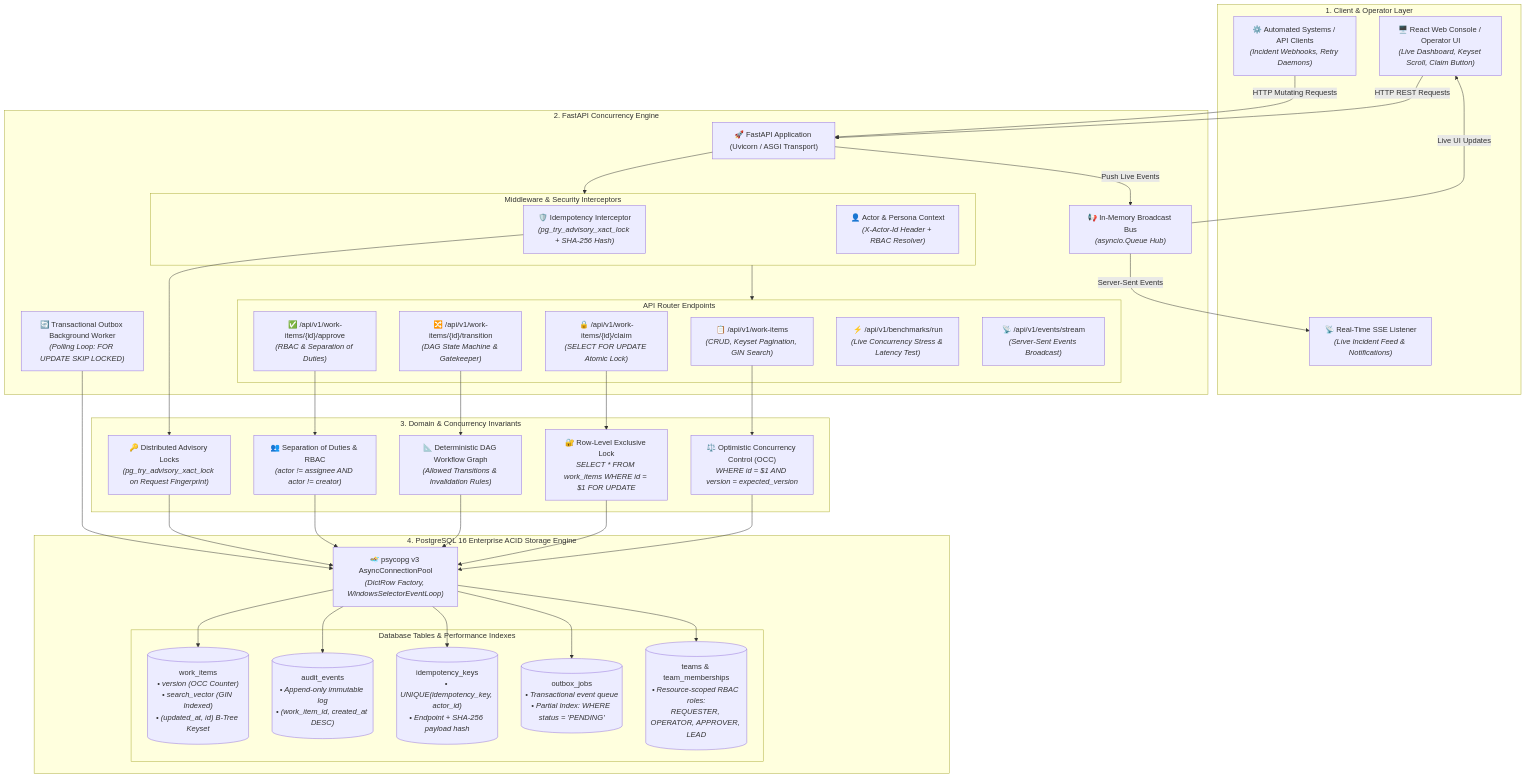
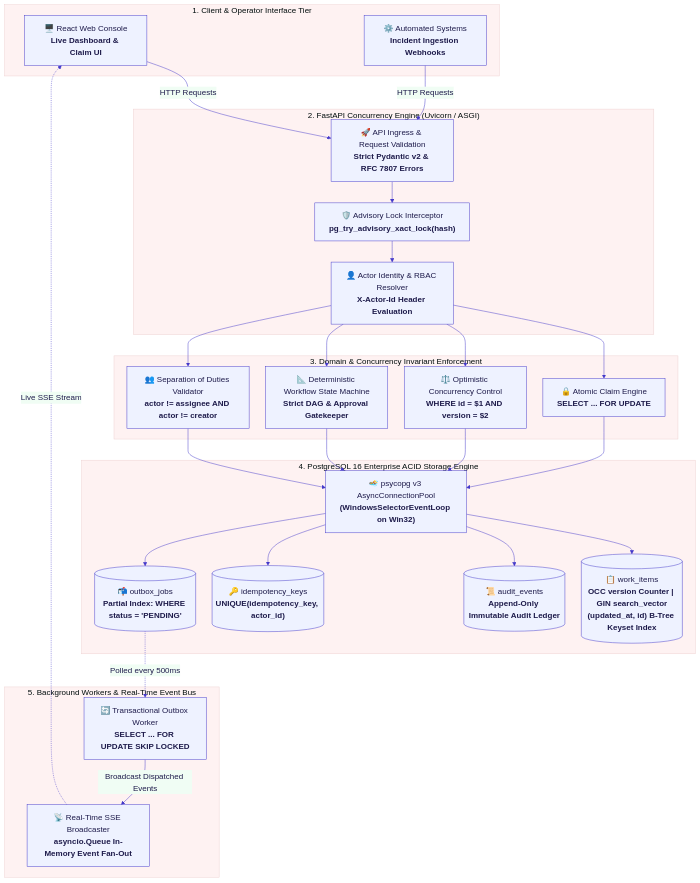
Before and after one commit to matrix-1407/OpsPulse-Newtonite: the first of 6 diagrams in README.md, drawn with Mermaid. The commit also changed other lines of this file and 1 other file, not shown here.

Commit message:
docs: enlarge and optimize all Mermaid diagrams for high readability and visibility

````diff
--- a/README.md
+++ b/README.md
@@ -15,86 +15,77 @@
 ```mermaid
-graph TB
-    %% Client & Interface Layer
-    subgraph ClientLayer ["1. Client & Operator Layer"]
-        Browser["🖥️ React Web Console / Operator UI<br/><i>(Live Dashboard, Keyset Scroll, Claim Button)</i>"]
-        CLI["⚙️ Automated Systems / API Clients<br/><i>(Incident Webhooks, Retry Daemons)</i>"]
-        SSEListener["📡 Real-Time SSE Listener<br/><i>(Live Incident Feed & Notifications)</i>"]
+%%{init: {
+  'theme': 'base',
+  'themeVariables': {
+    'fontSize': '17px',
+    'fontFamily': 'Inter, -apple-system, BlinkMacSystemFont, Segoe UI, Roboto, sans-serif',
+    'primaryColor': '#EEF2FF',
+    'primaryTextColor': '#1E1B4B',
+    'primaryBorderColor': '#4338CA',
+    'lineColor': '#4338CA',
+    'secondaryColor': '#F0FDF4',
+    'tertiaryColor': '#FEF2F2'
+  },
+  'flowchart': {
+    'nodeSpacing': 35,
+    'rankSpacing': 45,
+    'curve': 'basis',
+    'htmlLabels': true
+  }
+}}%%
+flowchart TD
+    subgraph S1 ["1. Client & Operator Interface Tier"]
+        UI["🖥️ React Web Console<br/><b>Live Dashboard & Claim UI</b>"]
+        CLI["⚙️ Automated Systems<br/><b>Incident Ingestion Webhooks</b>"]
     end
 
-    %% FastAPI Application Layer
-    subgraph APILayer ["2. FastAPI Concurrency Engine"]
-        FastAPIApp["🚀 FastAPI Application (Uvicorn / ASGI Transport)"]
-        
-        subgraph MiddlewareStack ["Middleware & Security Interceptors"]
-            IdemMiddleware["🛡️ Idempotency Interceptor<br/><i>(pg_try_advisory_xact_lock + SHA-256 Hash)</i>"]
-            AuthContext["👤 Actor & Persona Context<br/><i>(X-Actor-Id Header + RBAC Resolver)</i>"]
-        end
-
-        subgraph APIRoutes ["API Router Endpoints"]
-            WorkItemsRouter["📋 /api/v1/work-items<br/><i>(CRUD, Keyset Pagination, GIN Search)</i>"]
-            ClaimRouter["🔒 /api/v1/work-items/{id}/claim<br/><i>(SELECT FOR UPDATE Atomic Lock)</i>"]
-            TransitionRouter["🔀 /api/v1/work-items/{id}/transition<br/><i>(DAG State Machine & Gatekeeper)</i>"]
-            ApproveRouter["✅ /api/v1/work-items/{id}/approve<br/><i>(RBAC & Separation of Duties)</i>"]
-            BenchmarkRouter["⚡ /api/v1/benchmarks/run<br/><i>(Live Concurrency Stress & Latency Test)</i>"]
-            EventsRouter["📡 /api/v1/events/stream<br/><i>(Server-Sent Events Broadcast)</i>"]
-        end
-
-        SSEBroadcaster["📢 In-Memory Broadcast Bus<br/><i>(asyncio.Queue Hub)</i>"]
-        OutboxWorker["🔄 Transactional Outbox Background Worker<br/><i>(Polling Loop: FOR UPDATE SKIP LOCKED)</i>"]
+    subgraph S2 ["2. FastAPI Concurrency Engine (Uvicorn / ASGI)"]
+        Ingress["🚀 API Ingress & Request Validation<br/><b>Strict Pydantic v2 & RFC 7807 Errors</b>"]
+        AdvisoryLock["🛡️ Advisory Lock Interceptor<br/><b>pg_try_advisory_xact_lock(hash)</b>"]
+        AuthContext["👤 Actor Identity & RBAC Resolver<br/><b>X-Actor-Id Header Evaluation</b>"]
     end
 
-    %% Domain & Concurrency Enforcement Layer
-    subgraph DomainLayer ["3. Domain & Concurrency Invariants"]
-        OCCEngine["⚖️ Optimistic Concurrency Control (OCC)<br/><i>WHERE id = $1 AND version = expected_version</i>"]
-        RowLockEngine["🔐 Row-Level Exclusive Lock<br/><i>SELECT * FROM work_items WHERE id = $1 FOR UPDATE</i>"]
-        DAGStateMachine["📐 Deterministic DAG Workflow Graph<br/><i>(Allowed Transitions & Invalidation Rules)</i>"]
-        SoDValidator["👥 Separation of Duties & RBAC<br/><i>(actor != assignee AND actor != creator)</i>"]
-        AdvisoryLockEngine["🔑 Distributed Advisory Locks<br/><i>(pg_try_advisory_xact_lock on Request Fingerprint)</i>"]
+    subgraph S3 ["3. Domain & Concurrency Invariant Enforcement"]
+        RowLock["🔒 Atomic Claim Engine<br/><b>SELECT ... FOR UPDATE</b>"]
+        OCC["⚖️ Optimistic Concurrency Control<br/><b>WHERE id = $1 AND version = $2</b>"]
+        StateMachine["📐 Deterministic Workflow State Machine<br/><b>Strict DAG & Approval Gatekeeper</b>"]
+        SoD["👥 Separation of Duties Validator<br/><b>actor != assignee AND actor != creator</b>"]
     end
 
-    %% Database & Storage Layer
-    subgraph DatabaseLayer ["4. PostgreSQL 16 Enterprise ACID Storage Engine"]
-        ConnPool["🏊 psycopg v3 AsyncConnectionPool<br/><i>(DictRow Factory, WindowsSelectorEventLoop)</i>"]
-
-        subgraph Tables ["Database Tables & Performance Indexes"]
-            TableWorkItems[("work_items<br/><i>• version (OCC Counter)<br/>• search_vector (GIN Indexed)<br/>• (updated_at, id) B-Tree Keyset</i>")]
-            TableAudit[("audit_events<br/><i>• Append-only immutable log<br/>• (work_item_id, created_at DESC)</i>")]
-            TableIdempotency[("idempotency_keys<br/><i>• UNIQUE(idempotency_key, actor_id)<br/>• Endpoint + SHA-256 payload hash</i>")]
-            TableOutbox[("outbox_jobs<br/><i>• Transactional event queue<br/>• Partial Index: WHERE status = 'PENDING'</i>")]
-            TableTeams[("teams & team_memberships<br/><i>• Resource-scoped RBAC roles:<br/>REQUESTER, OPERATOR, APPROVER, LEAD</i>")]
-        end
+    subgraph S4 ["4. PostgreSQL 16 Enterprise ACID Storage Engine"]
+        Pool["🏊 psycopg v3 AsyncConnectionPool<br/><b>(WindowsSelectorEventLoop on Win32)</b>"]
+        TWorkItems[("📋 work_items<br/><b>OCC version Counter | GIN search_vector<br/>(updated_at, id) B-Tree Keyset Index</b>")]
+        TAudit[("📜 audit_events<br/><b>Append-Only Immutable Audit Ledger</b>")]
+        TIdem[("🔑 idempotency_keys<br/><b>UNIQUE(idempotency_key, actor_id)</b>")]
+        TOutbox[("📬 outbox_jobs<br/><b>Partial Index: WHERE status = 'PENDING'</b>")]
     end
 
-    %% Connections - Client to API
-    Browser -->|HTTP REST Requests| FastAPIApp
-    CLI -->|HTTP Mutating Requests| FastAPIApp
-    FastAPIApp -->|Push Live Events| SSEBroadcaster
-    SSEBroadcaster -->|Server-Sent Events| SSEListener
-    SSEBroadcaster -->|Live UI Updates| Browser
+    subgraph S5 ["5. Background Workers & Real-Time Event Bus"]
+        Worker["🔄 Transactional Outbox Worker<br/><b>SELECT ... FOR UPDATE SKIP LOCKED</b>"]
+        SSEHub["📡 Real-Time SSE Broadcaster<br/><b>asyncio.Queue In-Memory Event Fan-Out</b>"]
+    end
 
-    %% Connections - API to Middleware & Routes
-    FastAPIApp --> MiddlewareStack
-    MiddlewareStack --> APIRoutes
+    %% Flow connections
+    UI -->|HTTP Requests| Ingress
+    CLI -->|HTTP Requests| Ingress
+    Ingress --> AdvisoryLock
+    AdvisoryLock --> AuthContext
 
-    %% Connections - Routes to Domain Logic
-    WorkItemsRouter --> OCCEngine
-    ClaimRouter --> RowLockEngine
-    TransitionRouter --> DAGStateMachine
-    ApproveRouter --> SoDValidator
-    IdemMiddleware --> AdvisoryLockEngine
+    AuthContext --> RowLock
+    AuthContext --> OCC
+    AuthContext --> StateMachine
+    AuthContext --> SoD
 
-    %% Connections - Domain to Database Pool
-    OCCEngine --> ConnPool
-    RowLockEngine --> ConnPool
-    DAGStateMachine --> ConnPool
-    SoDValidator --> ConnPool
-    AdvisoryLockEngine --> ConnPool
-    OutboxWorker --> ConnPool
+    RowLock --> Pool
+    OCC --> Pool
+    StateMachine --> Pool
+    SoD --> Pool
 
-    %% Connections - Pool to Tables
-    ConnPool --> TableWorkItems
-    ConnPool --> TableAudit
-    ConnPool --> TableIdempotency
-    ConnPool --> TableOutbox
-    ConnPool --> TableTeams
+    Pool --> TWorkItems
+    Pool --> TAudit
+    Pool --> TIdem
+    Pool --> TOutbox
+
+    TOutbox -.->|Polled every 500ms| Worker
+    Worker -->|Broadcast Dispatched Events| SSEHub
+    SSEHub -.->|Live SSE Stream| UI
 ```
````
